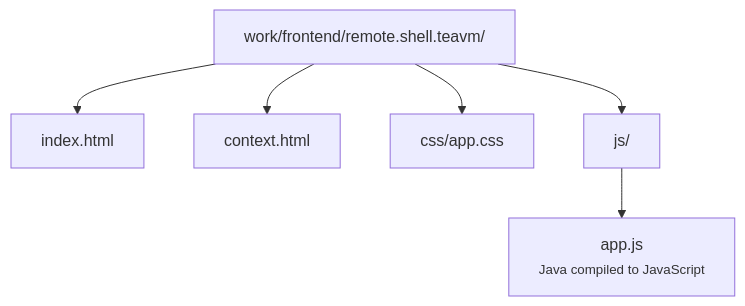
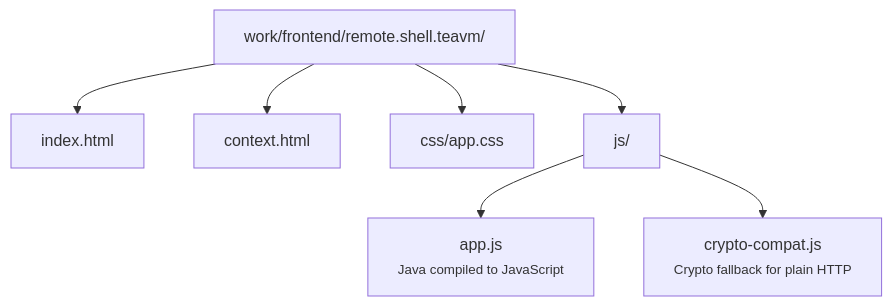
One commit to mrcdom/wdc-cube-java-v2 changed the fourth of 4 diagrams in fontes/br.com.wdc.store/br.com.wdc.store.view.remote/remote.shell.teavm/README.md. Above: the diagram before and after it, drawn with Mermaid. The commit also changed other lines of this file and 19 other files, not shown here.

````diff
--- a/fontes/br.com.wdc.store/br.com.wdc.store.view.remote/remote.shell.teavm/README.md
+++ b/fontes/br.com.wdc.store/br.com.wdc.store.view.remote/remote.shell.teavm/README.md
@@ -176,15 +182,17 @@
 ```mermaid
 graph TD
     root["work/frontend/remote.shell.teavm/"]
     index["index.html"]
     context["context.html"]
     css["css/app.css"]
     js["js/"]
     appJs["app.js<br/><small>Java compiled to JavaScript</small>"]
+    compatJs["crypto-compat.js<br/><small>Crypto fallback for plain HTTP</small>"]
 
     root --> index
     root --> context
     root --> css
     root --> js
     js --> appJs
+    js --> compatJs
 ```
````
